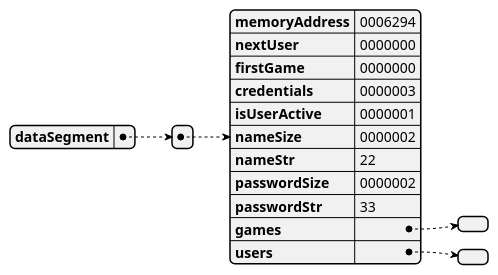
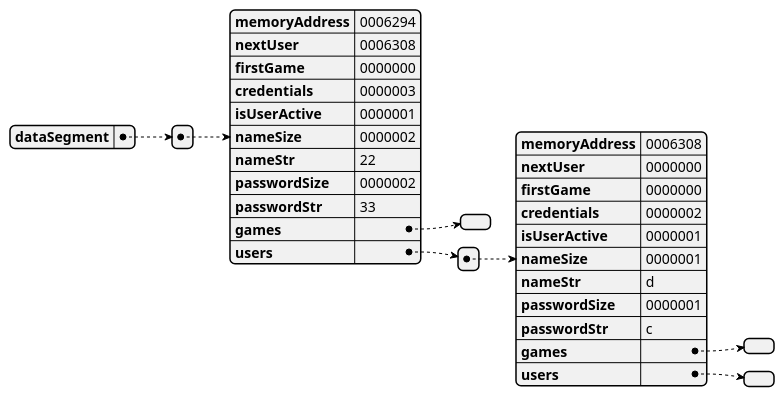
The diagram in docs/uml/README.md (danielcuque/ACE1-PROYECTO2), drawn with PlantUML before and after one commit. The commit also changed 1 other file, not shown here.

Commit message:
fix: set admin id when approve users

`````diff
--- a/docs/uml/README.md
+++ b/docs/uml/README.md
@@ -1,16 +1,26 @@
 ````plantuml
 @startjson memoryGraph
 {"dataSegment":
 [{"memoryAddress":"0006294",
-"nextUser":"0000000",
+"nextUser":"0006308",
 "firstGame":"0000000",
 "credentials":"0000003",
 "isUserActive":"0000001",
 "nameSize":"0000002",
 "nameStr":"22",
 "passwordSize":"0000002",
 "passwordStr":"33",
 "games":[],
-"users":[]}]}
+"users":[{"memoryAddress":"0006308",
+"nextUser":"0000000",
+"firstGame":"0000000",
+"credentials":"0000002",
+"isUserActive":"0000001",
+"nameSize":"0000001",
+"nameStr":"d",
+"passwordSize":"0000001",
+"passwordStr":"c",
+"games":[],
+"users":[]}]}]}
 @endjson
 ````
`````
